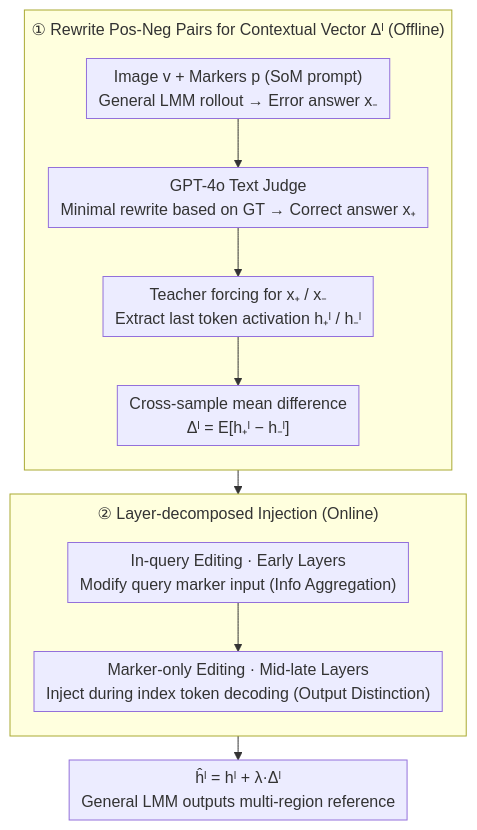
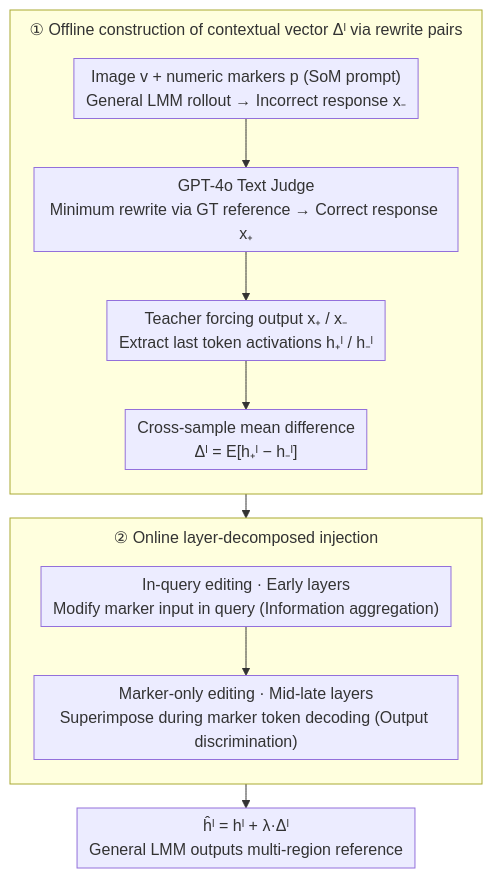
The diagram in docs/ICML2026/multimodal_vlm/referring_multiple_regions_with_large_multimodal_models_via_contextual_latent_st.md (zhaoyang97/Paper-Notes-en), drawn with Mermaid before and after one commit. The commit also changed other lines of this file and 5084 other files, not shown here.

````diff
--- a/docs/ICML2026/multimodal_vlm/referring_multiple_regions_with_large_multimodal_models_via_contextual_latent_st.md
+++ b/docs/ICML2026/multimodal_vlm/referring_multiple_regions_with_large_multimodal_models_via_contextual_latent_st.md
@@ -46,16 +46,17 @@
 ```mermaid
 %%{init: {'flowchart': {'rankSpacing': 24, 'nodeSpacing': 28, 'padding': 6, 'wrappingWidth': 400, 'subGraphTitleMargin': {'top': 8, 'bottom': 16}}}}%%
 flowchart TD
-    subgraph OFF["① Rewrite Pos-Neg Pairs for Contextual Vector Δˡ (Offline)"]
+    subgraph OFF["① Offline construction of contextual vector Δˡ via rewrite pairs"]
         direction TB
-        A["Image v + Markers p (SoM prompt)<br/>General LMM rollout → Error answer x₋"] --> B["GPT-4o Text Judge<br/>Minimal rewrite based on GT → Correct answer x₊"]
-        B --> C["Teacher forcing for x₊ / x₋<br/>Extract last token activation h₊ˡ / h₋ˡ"]
-        C --> D["Cross-sample mean difference<br/>Δˡ = E[h₊ˡ − h₋ˡ]"]
+        A["Image v + numeric markers p (SoM prompt)<br/>General LMM rollout → Incorrect response x₋"] --> B["GPT-4o Text Judge<br/>Minimum rewrite via GT reference → Correct response x₊"]
+        B --> C["Teacher forcing output x₊ / x₋<br/>Extract last token activations h₊ˡ / h₋ˡ"]
+        D["Cross-sample mean difference<br/>Δˡ = E[h₊ˡ − h₋ˡ]"]
+        C --> D
     end
     D --> E
-    subgraph ON["② Layer-decomposed Injection (Online)"]
+    subgraph ON["② Online layer-decomposed injection"]
         direction TB
-        E["In-query Editing · Early Layers<br/>Modify query marker input (Info Aggregation)"] --> F["Marker-only Editing · Mid-late Layers<br/>Inject during index token decoding (Output Distinction)"]
+        E["In-query editing · Early layers<br/>Modify marker input in query (Information aggregation)"] --> F["Marker-only editing · Mid-late layers<br/>Superimpose during marker token decoding (Output discrimination)"]
     end
     F --> G["ĥˡ = hˡ + λ·Δˡ<br/>General LMM outputs multi-region reference"]
 ```
````
